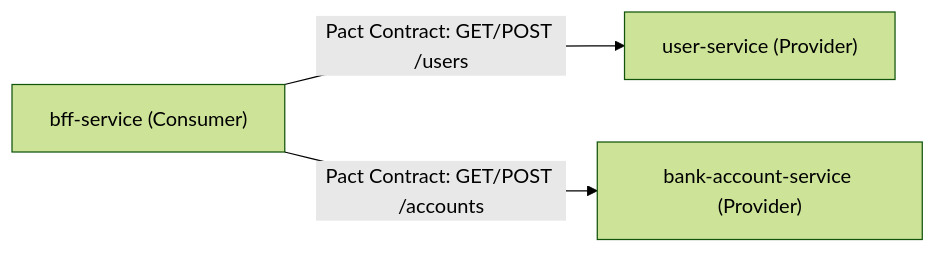
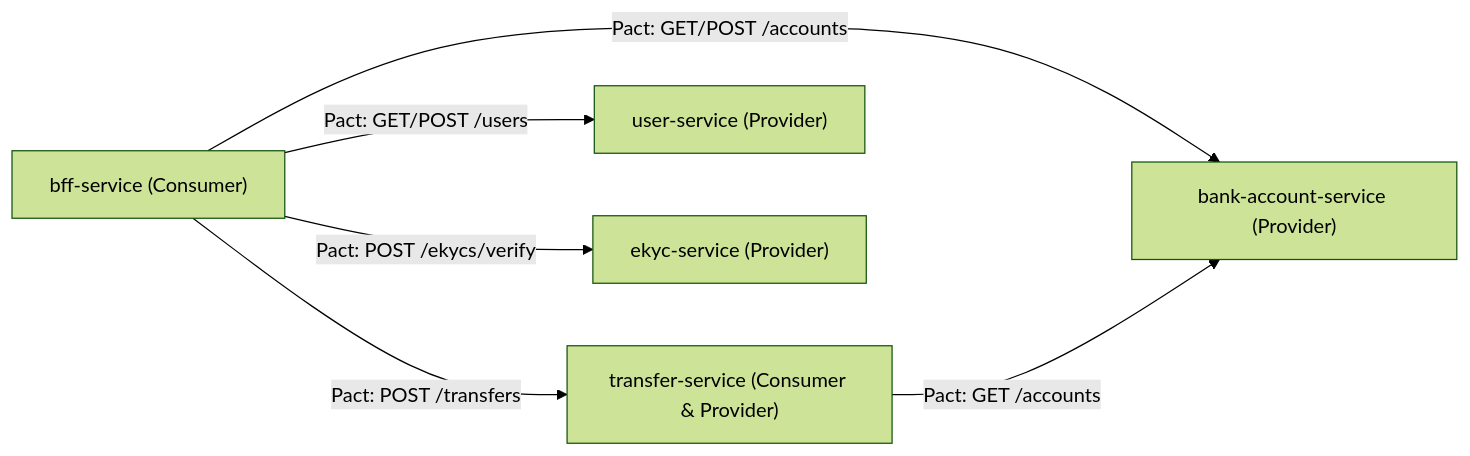
The second of 2 diagrams in README.md (SiwakornSitti/ultra-smoooooth-testing), drawn with Mermaid (forest theme) before and after one commit. The commit also changed other lines of this file and 31 other files, not shown here.

Commit message:
feat: add ekyc-service, transfer-service, refactor contract-testing structure and fix Pact router anti-pattern

````diff
--- a/README.md
+++ b/README.md
@@ -75,9 +84,14 @@
 ```mermaid
 flowchart LR
     bff["bff-service (Consumer)"]
+    transfer["transfer-service (Consumer & Provider)"]
     user["user-service (Provider)"]
     bank["bank-account-service (Provider)"]
+    ekyc["ekyc-service (Provider)"]
 
-    bff -->|Pact Contract: GET/POST /users| user
-    bff -->|Pact Contract: GET/POST /accounts| bank
+    bff -->|Pact: GET/POST /users| user
+    bff -->|Pact: GET/POST /accounts| bank
+    bff -->|Pact: POST /ekycs/verify| ekyc
+    bff -->|Pact: POST /transfers| transfer
+    transfer -->|Pact: GET /accounts| bank
 ```
````
